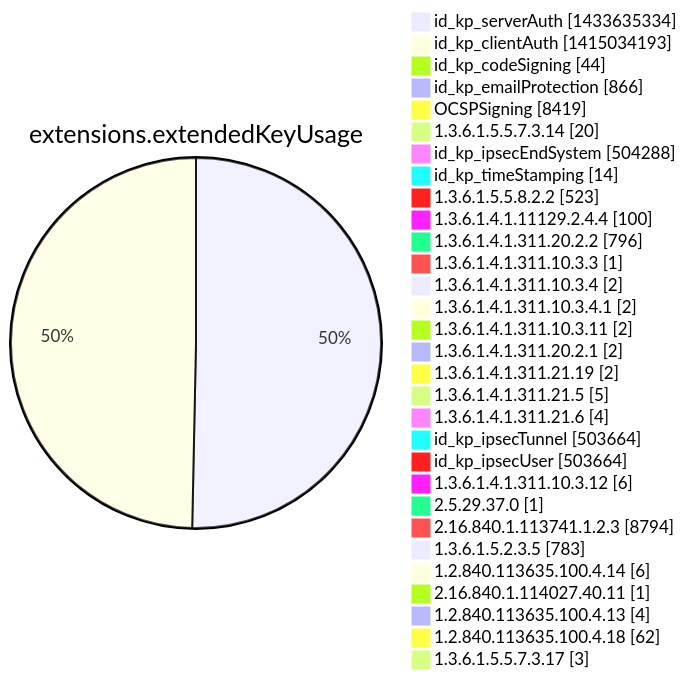
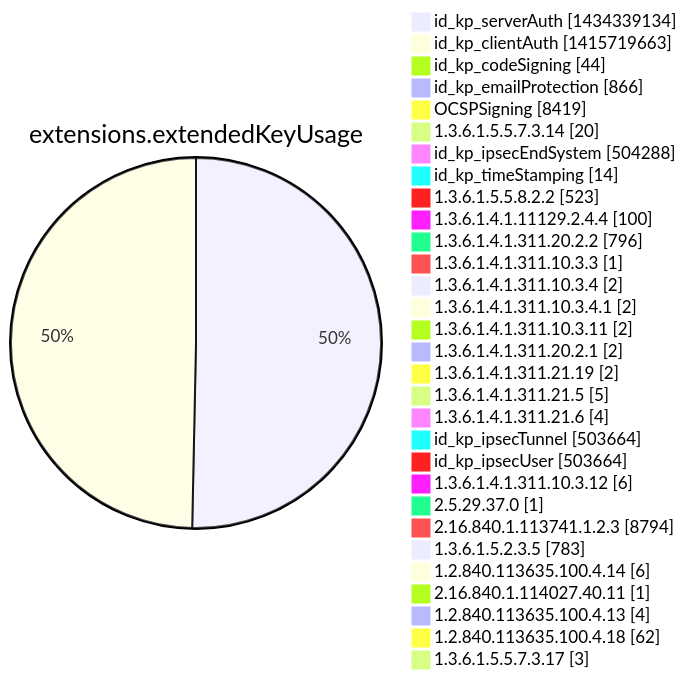
Before and after one commit to christiankrug/ctmonitor_visualization: diagram 12 of 15 in argon2022/README.md, drawn with Mermaid. The commit also changed other lines of this file, not shown here.

````diff
--- a/argon2022/README.md
+++ b/argon2022/README.md
@@ -3555,34 +3555,34 @@
 ```mermaid
 pie showData
 title extensions.extendedKeyUsage
-"id_kp_serverAuth" :1433635334
-"id_kp_clientAuth" :1415034193
+"id_kp_serverAuth" :1434339134
+"id_kp_clientAuth" :1415719663
 "id_kp_codeSigning" :44
 "id_kp_emailProtection" :866
 "OCSPSigning" :8419
 "1.3.6.1.5.5.7.3.14" :20
 "id_kp_ipsecEndSystem" :504288
 "id_kp_timeStamping" :14
 "1.3.6.1.5.5.8.2.2" :523
 "1.3.6.1.4.1.11129.2.4.4" :100
 "1.3.6.1.4.1.311.20.2.2" :796
 "1.3.6.1.4.1.311.10.3.3" :1
 "1.3.6.1.4.1.311.10.3.4" :2
 "1.3.6.1.4.1.311.10.3.4.1" :2
 "1.3.6.1.4.1.311.10.3.11" :2
 "1.3.6.1.4.1.311.20.2.1" :2
 "1.3.6.1.4.1.311.21.19" :2
 "1.3.6.1.4.1.311.21.5" :5
 "1.3.6.1.4.1.311.21.6" :4
 "id_kp_ipsecTunnel" :503664
 "id_kp_ipsecUser" :503664
 "1.3.6.1.4.1.311.10.3.12" :6
 "2.5.29.37.0" :1
 "2.16.840.1.113741.1.2.3" :8794
 "1.3.6.1.5.2.3.5" :783
 "1.2.840.113635.100.4.14" :6
 "2.16.840.1.114027.40.11" :1
 "1.2.840.113635.100.4.13" :4
 "1.2.840.113635.100.4.18" :62
 "1.3.6.1.5.5.7.3.17" :3
 ```
````
